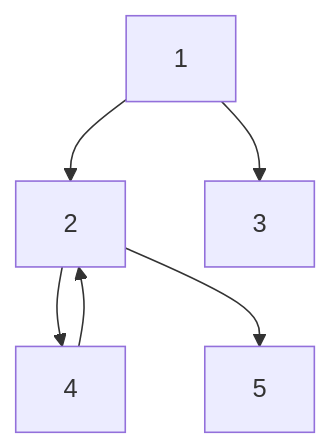
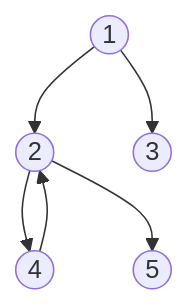
Before and after one commit to indextrown/indextrown.github.io: the diagram in _posts/2025-02-01-[알고리즘] 깊이우선탐색(DFS).md, drawn with Mermaid.

```diff
--- a/_posts/2025-02-01-[알고리즘] 깊이우선탐색(DFS).md
+++ b/_posts/2025-02-01-[알고리즘] 깊이우선탐색(DFS).md
@@ -25,8 +25,8 @@
 <div class="mermaid">
 graph TD;
-    1 --> 2;
-    2 --> 4;
-    1 --> 3;
-    2 --> 5;
-    4 --> 2;
+    1((1)) --> 2((2));
+    2((2)) --> 4((4));
+    1((1)) --> 3((3));
+    2((2)) --> 5((5));
+    4((4)) --> 2((2));
 </div>
```
